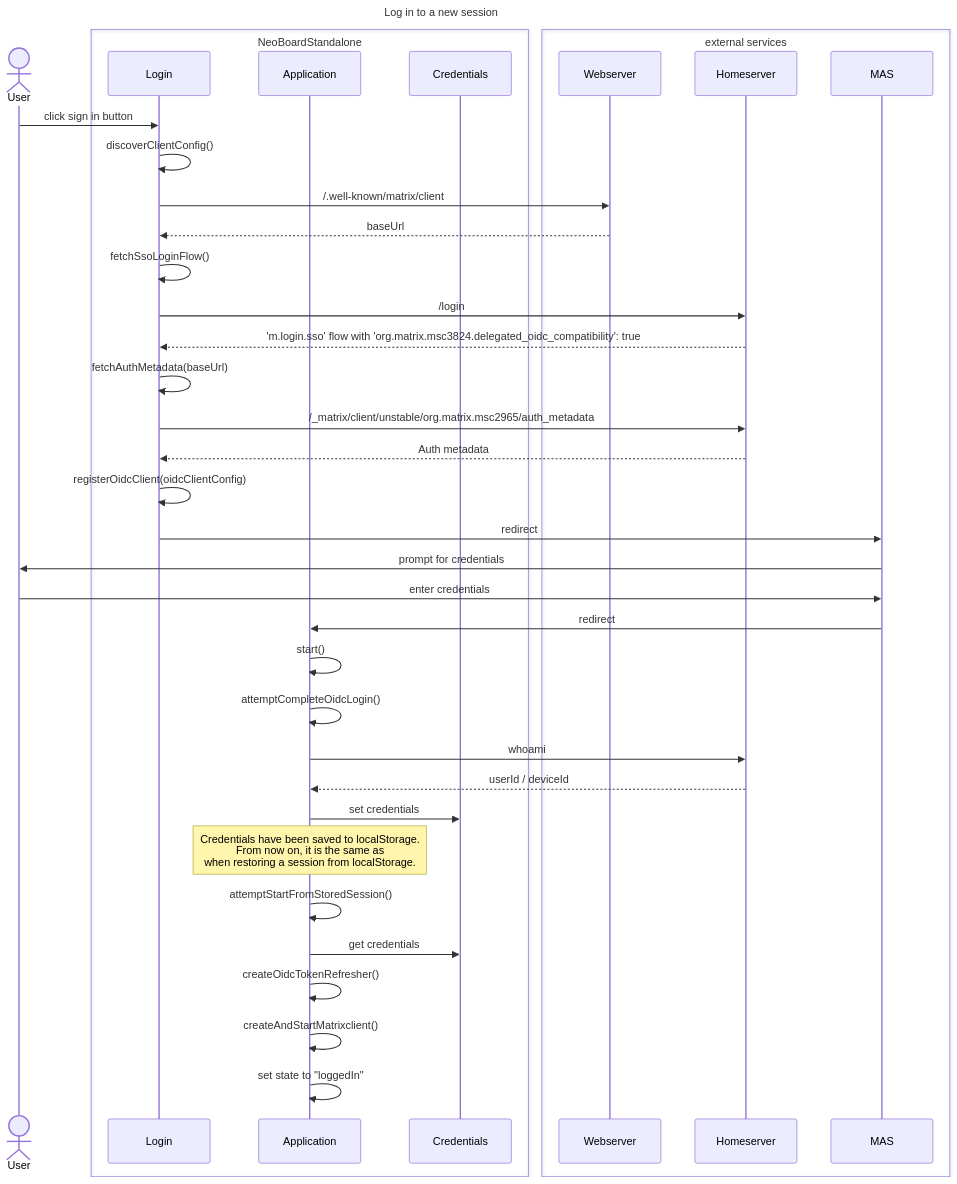
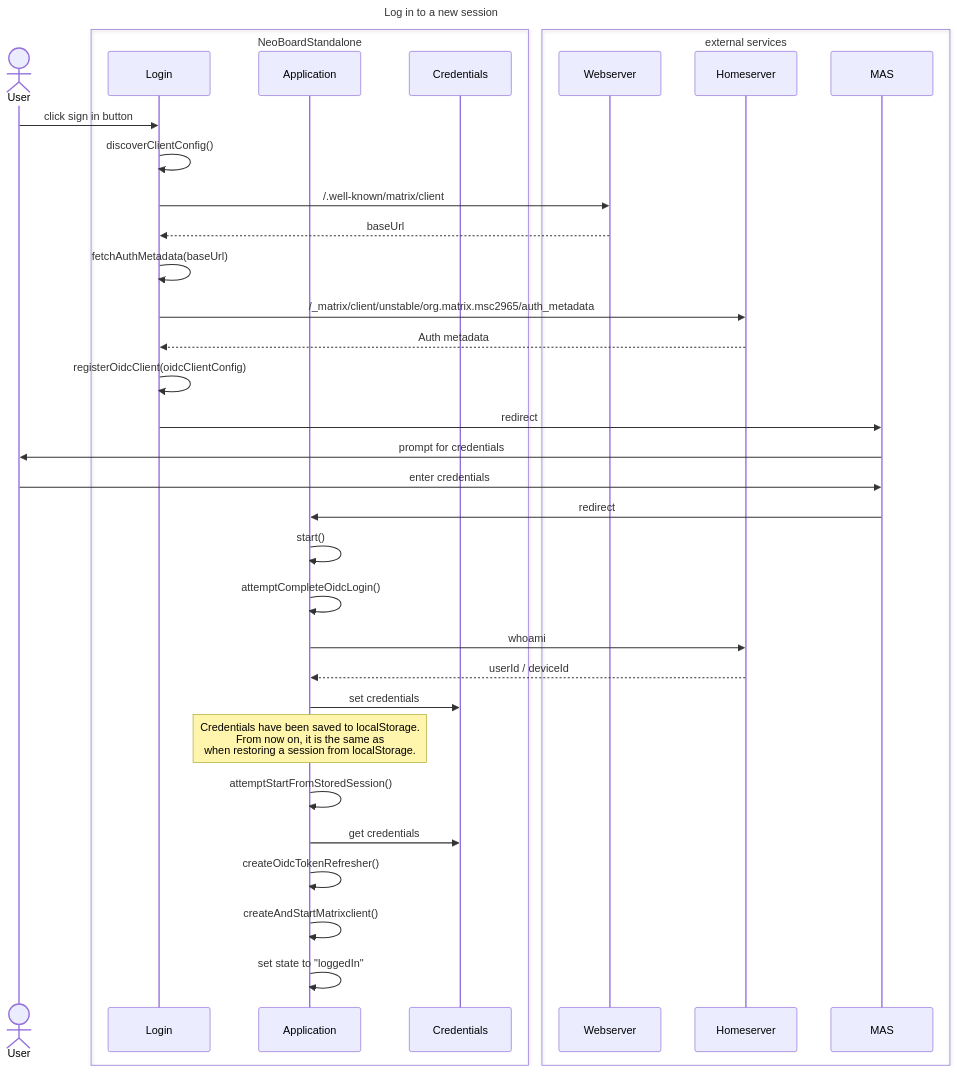
One commit to nordeck/matrix-neoboard-standalone changed the diagram in docs/architecture.md. Above: the diagram before and after it, drawn with Mermaid. The commit also changed other lines of this file and 7 other files, not shown here.

````diff
--- a/docs/architecture.md
+++ b/docs/architecture.md
@@ -7,45 +7,42 @@
 ```mermaid
 sequenceDiagram
   title: Log in to a new session
 
   actor User
 
   box NeoBoardStandalone
     participant Login
     participant Application
     participant Credentials
   end
 
   box external services
     participant Webserver
     participant Homeserver
     participant MAS
   end
 
   User ->> Login: click sign in button
   Login ->> Login: discoverClientConfig()
   Login ->> Webserver: /.well-known/matrix/client
   Webserver -->> Login: baseUrl
-  Login ->> Login: fetchSsoLoginFlow()
-  Login ->> Homeserver: /login
-  Homeserver -->> Login: 'm.login.sso' flow with 'org.matrix.msc3824.delegated_oidc_compatibility': true
   Login ->> Login: fetchAuthMetadata(baseUrl)
   Login ->> Homeserver: /_matrix/client/unstable/org.matrix.msc2965/auth_metadata
   Homeserver -->> Login: Auth metadata
   Login ->> Login: registerOidcClient(oidcClientConfig)
   Login ->> MAS: redirect
   MAS ->> User: prompt for credentials
   User ->> MAS: enter credentials
   MAS ->> Application: redirect
   Application ->> Application: start()
   Application ->> Application: attemptCompleteOidcLogin()
   Application ->> Homeserver: whoami
   Homeserver -->> Application: userId / deviceId
   Application ->> Credentials: set credentials
   Note over Application: Credentials have been saved to localStorage.<br />From now on, it is the same as<br />when restoring a session from localStorage.
   Application ->> Application: attemptStartFromStoredSession()
   Application ->> Credentials: get credentials
   Application ->> Application: createOidcTokenRefresher()
   Application ->> Application: createAndStartMatrixclient()
   Application ->> Application: set state to "loggedIn"
 ```
````
